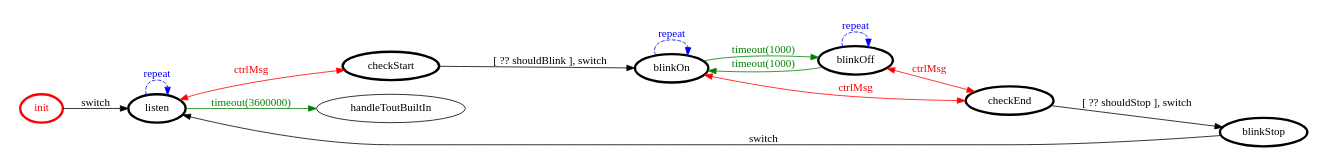
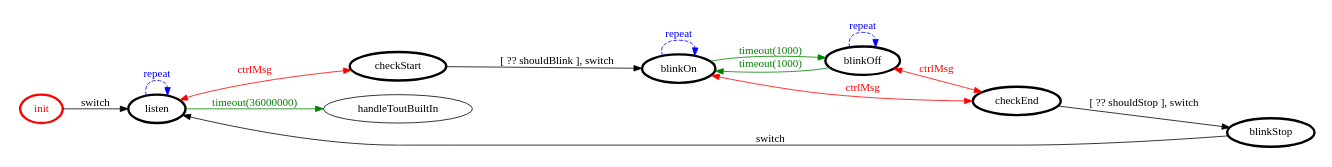
Before and after one commit to piscoTech/uniboIss2018: the diagram in it.unibo.finaltask/srcMore/it/unibo/blinker/blinker.gv, drawn with Graphviz. The commit also changed 12 other files, not shown here.

```diff
--- a/it.unibo.finaltask/srcMore/it/unibo/blinker/blinker.gv
+++ b/it.unibo.finaltask/srcMore/it/unibo/blinker/blinker.gv
@@ -1,33 +1,33 @@
 /*
 *
 * A GraphViz DOT FSM description 
 * Please use a GraphViz visualizer (like http://www.webgraphviz.com)
 *  
 */
 
 digraph finite_state_machine {
 	rankdir=LR
 	size="8,5"
 	
 	init [ color = red ][ fontcolor = red ][ penwidth = 3 ]
 	blinkOn [ color = black ][ fontcolor = black ][ penwidth = 3 ]
 	blinkOff [ color = black ][ fontcolor = black ][ penwidth = 3 ]
 	checkEnd [ color = black ][ fontcolor = black ][ penwidth = 3 ]
 	checkStart [ color = black ][ fontcolor = black ][ penwidth = 3 ]
 	listen [ color = black ][ fontcolor = black ][ penwidth = 3 ]
 	blinkStop [ color = black ][ fontcolor = black ][ penwidth = 3 ]
 	
 	checkStart -> blinkOn [ label = "[ ?? shouldBlink ], switch" ][ color = black ][ fontcolor = black ]
 	blinkOn -> checkEnd [ label = "ctrlMsg" ][ color = red ][ fontcolor = red ][ dir = both ]
 	checkEnd -> blinkStop [ label = "[ ?? shouldStop ], switch" ][ color = black ][ fontcolor = black ]
 	blinkOff -> blinkOn [ label = "timeout(1000)" ][ color = green ][ fontcolor = green ]
+	listen -> handleToutBuiltIn [ label = "timeout(36000000)" ][ color = green ][ fontcolor = green ]
 	listen -> checkStart [ label = "ctrlMsg" ][ color = red ][ fontcolor = red ][ dir = both ]
-	listen -> handleToutBuiltIn [ label = "timeout(3600000)" ][ color = green ][ fontcolor = green ]
 	listen -> listen [ label = "repeat "][ style = dashed ][ color = blue ][ fontcolor = blue ]
 	blinkStop -> listen [ label = "switch" ][ color = black ][ fontcolor = black ]
 	blinkOff -> checkEnd [ label = "ctrlMsg" ][ color = red ][ fontcolor = red ][ dir = both ]
 	init -> listen [ label = "switch" ][ color = black ][ fontcolor = black ]
 	blinkOn -> blinkOff [ label = "timeout(1000)" ][ color = green ][ fontcolor = green ]
 	blinkOff -> blinkOff [ label = "repeat "][ style = dashed ][ color = blue ][ fontcolor = blue ]
 	blinkOn -> blinkOn [ label = "repeat "][ style = dashed ][ color = blue ][ fontcolor = blue ]
 }
```
